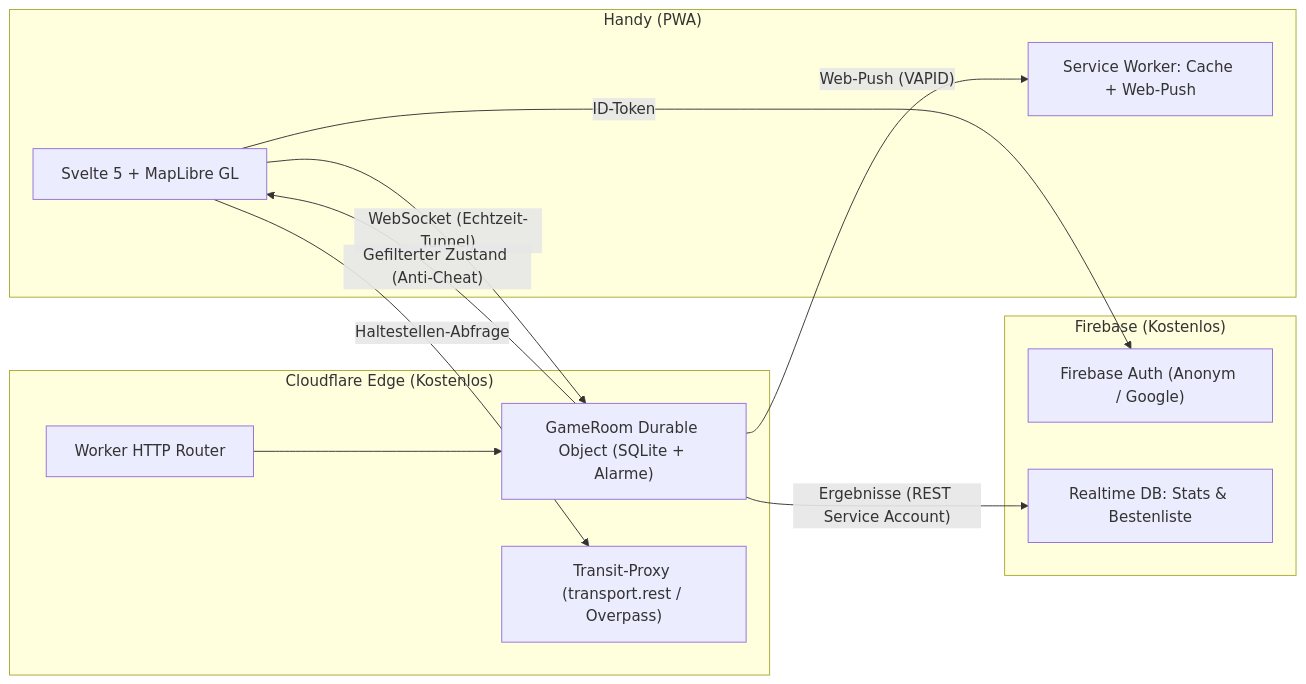
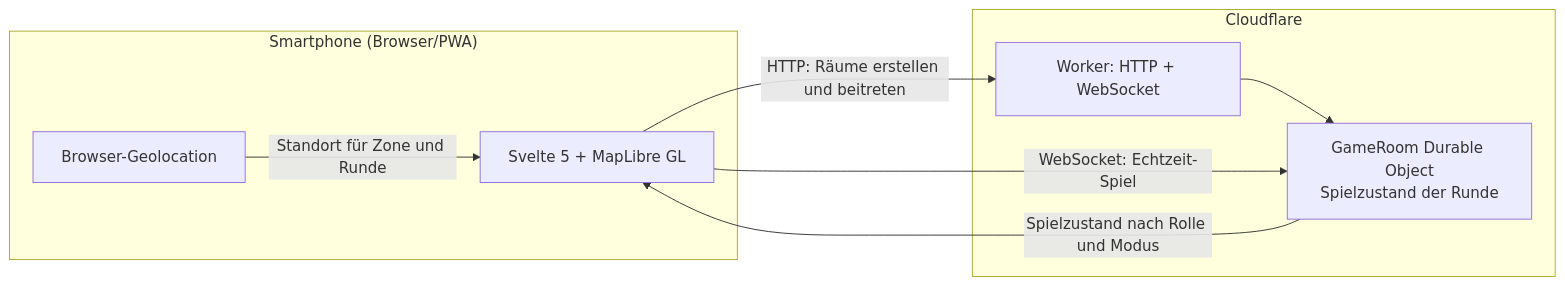
Before and after one commit to Jojoquark/hunting: the diagram in README.md, drawn with Mermaid. The commit also changed other lines of this file and 40 other files, not shown here.

````diff
--- a/README.md
+++ b/README.md
@@ -25,24 +24,17 @@
 ```mermaid
 flowchart LR
-  subgraph Phone["Handy (PWA)"]
+  subgraph Device["Smartphone (Browser/PWA)"]
     UI["Svelte 5 + MapLibre GL"]
-    SW["Service Worker: Cache + Web-Push"]
+    GPS["Browser-Geolocation"]
   end
-  subgraph Cloudflare["Cloudflare Edge (Kostenlos)"]
-    W["Worker HTTP Router"]
-    DO["GameRoom Durable Object (SQLite + Alarme)"]
-    TR["Transit-Proxy (transport.rest / Overpass)"]
-  end
-  subgraph Firebase["Firebase (Kostenlos)"]
-    AUTH["Firebase Auth (Anonym / Google)"]
-    RTDB["Realtime DB: Stats & Bestenliste"]
+  subgraph Cloudflare["Cloudflare"]
+    W["Worker: HTTP + WebSocket"]
+    DO["GameRoom Durable Object\nSpielzustand der Runde"]
   end
 
-  UI -- "WebSocket (Echtzeit-Tunnel)" --> DO
-  DO -- "Gefilterter Zustand (Anti-Cheat)" --> UI
-  DO -- "Web-Push (VAPID)" --> SW
-  UI -- "ID-Token" --> AUTH
-  DO -- "Ergebnisse (REST Service Account)" --> RTDB
-  UI -- "Haltestellen-Abfrage" --> TR
+  GPS -- "Standort für Zone und Runde" --> UI
+  UI -- "HTTP: Räume erstellen und beitreten" --> W
   W --> DO
+  UI -- "WebSocket: Echtzeit-Spiel" --> DO
+  DO -- "Spielzustand nach Rolle und Modus" --> UI
 ```
````
